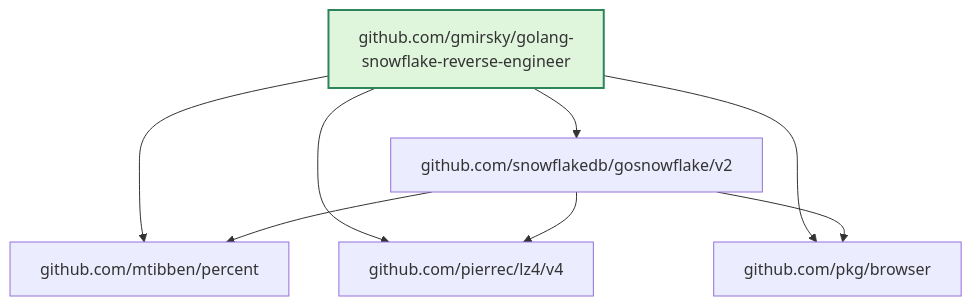
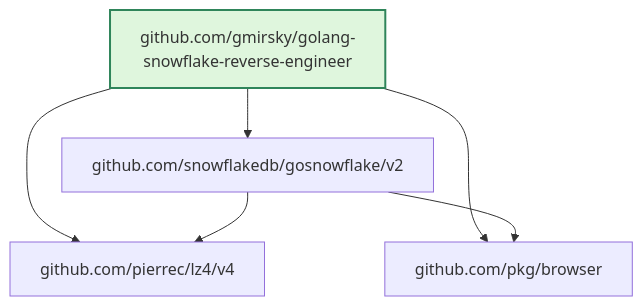
One commit to gmirsky/golang-snowflake-reverse-engineer changed the sixth of 8 diagrams in README.md. Above: the diagram before and after it, drawn with Mermaid. The commit also changed other lines of this file, not shown here.

Commit message:
docs(readme): refresh generated module dependency diagram

````diff
--- a/README.md
+++ b/README.md
@@ -1153,17 +1164,14 @@
 ```mermaid
 flowchart TD
   classDef root fill:#dff6dd,stroke:#2f855a,stroke-width:2px
   N1["github.com/gmirsky/golang-snowflake-reverse-engineer"]
   class N1 root
-  N2["github.com/mtibben/percent"]
-  N3["github.com/pierrec/lz4/v4"]
-  N4["github.com/pkg/browser"]
-  N5["github.com/snowflakedb/gosnowflake/v2"]
+  N2["github.com/pierrec/lz4/v4"]
+  N3["github.com/pkg/browser"]
+  N4["github.com/snowflakedb/gosnowflake/v2"]
   N1 --> N2
   N1 --> N3
   N1 --> N4
-  N1 --> N5
-  N5 --> N2
-  N5 --> N3
-  N5 --> N4
+  N4 --> N2
+  N4 --> N3
 ```
````
